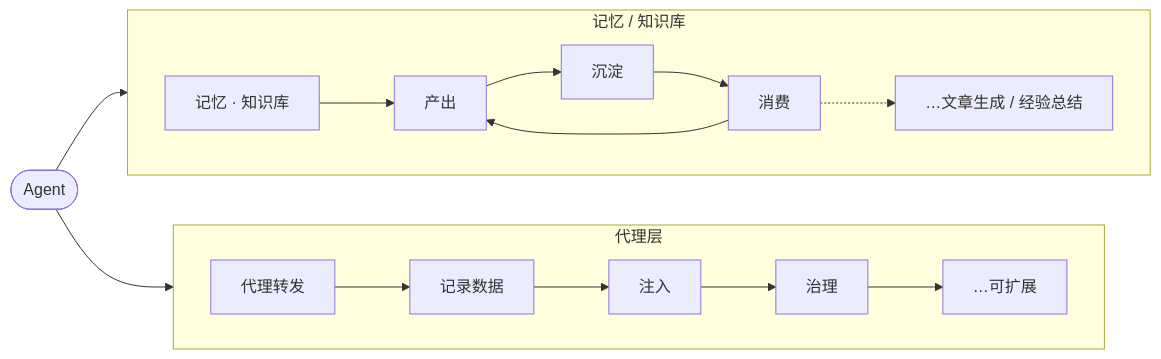
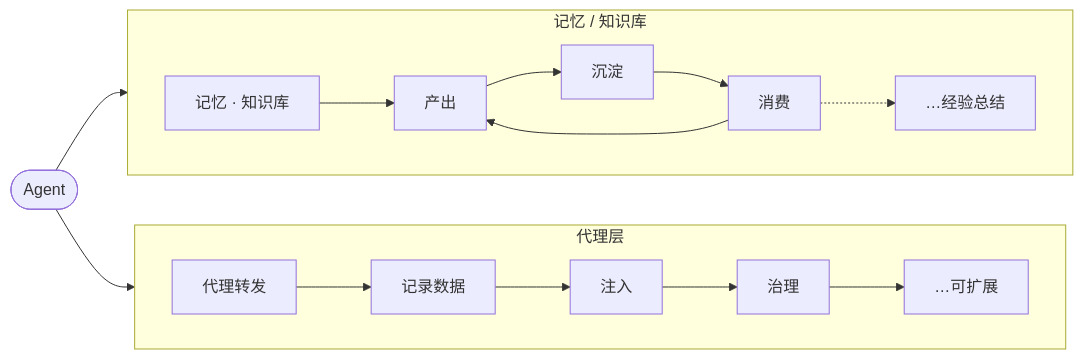
One commit to yuanyxh/utility changed the third of 6 diagrams in README.zh.md. Above: the diagram before and after it, drawn with Mermaid. The commit also changed 51 other files, not shown here.

````diff
--- a/README.zh.md
+++ b/README.zh.md
@@ -294,16 +294,16 @@
 ```mermaid
 flowchart LR
   agent(["Agent"])
   subgraph P["代理层"]
     direction LR
     p1["代理转发"] --> p2["记录数据"] --> p3["注入"] --> p4["治理"] --> p5["…可扩展"]
   end
   subgraph M["记忆 / 知识库"]
     direction LR
     m1["记忆 · 知识库"] --> m2["产出"] --> m3["沉淀"] --> m4["消费"]
     m4 --> m2
-    m4 -.-> m5["…文章生成 / 经验总结"]
+    m4 -.-> m5["…经验总结"]
   end
   agent --> p1
   agent --> m1
 ```
````
